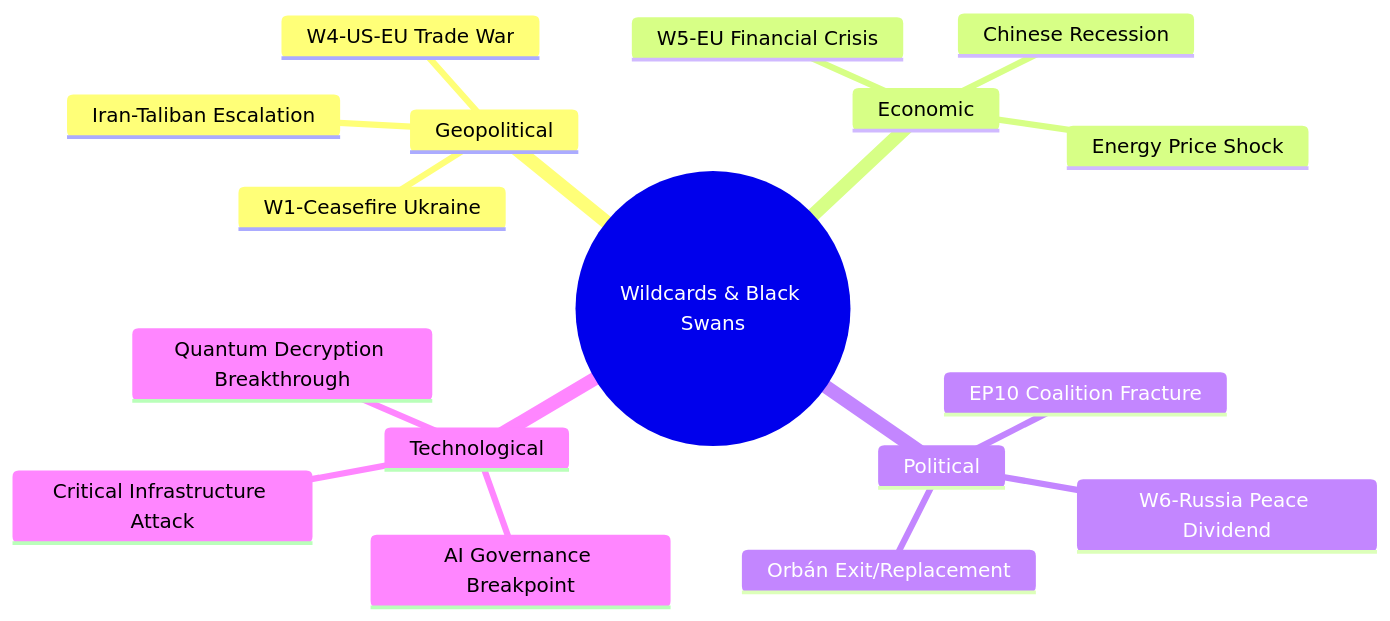
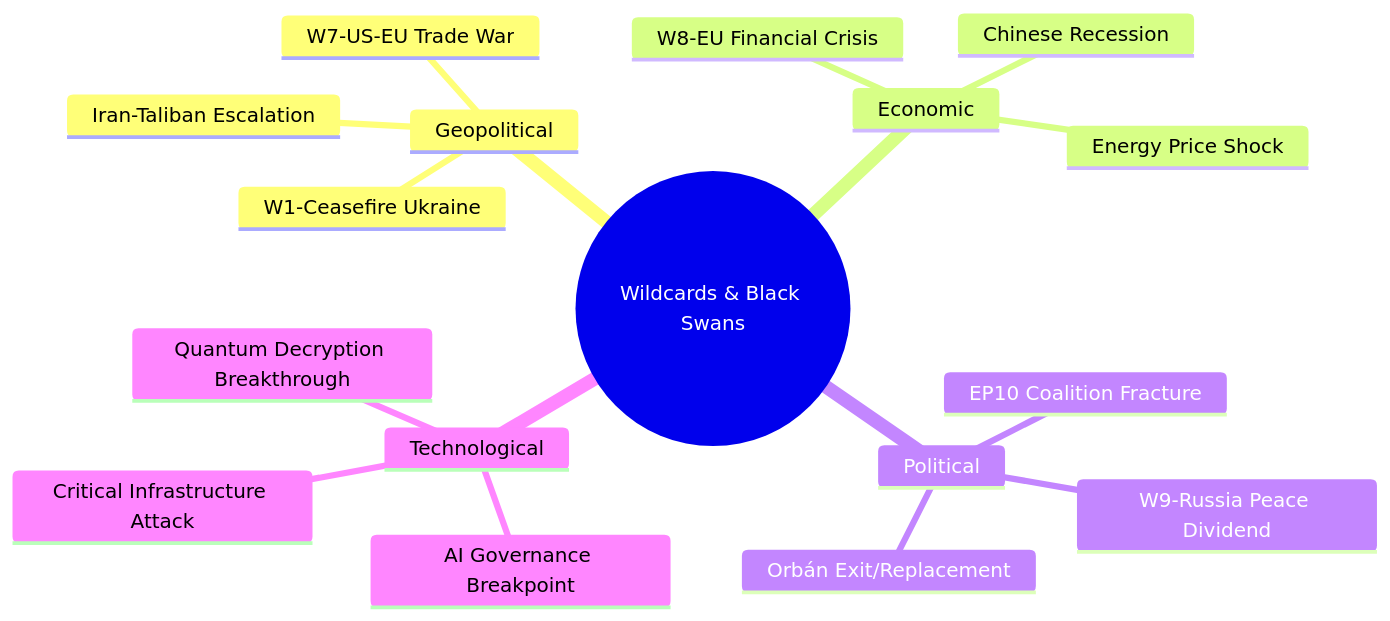
Before and after one commit to Hack23/euparliamentmonitor: the diagram in analysis/daily/2026-05-27/breaking/intelligence/wildcards-blackswans.md, drawn with Mermaid. The commit also changed other lines of this file and 6 other files, not shown here.

Commit message:
Fix 7 review issues: manifest dedup/rename, wildcards W7-W9, Mermaid chart types, coalition seats, cross-run-diff prior run reference

````diff
--- a/analysis/daily/2026-05-27/breaking/intelligence/wildcards-blackswans.md
+++ b/analysis/daily/2026-05-27/breaking/intelligence/wildcards-blackswans.md
@@ -157,20 +157,20 @@
 ```mermaid
 mindmap
   root((Wildcards & Black Swans))
     Geopolitical
       W1-Ceasefire Ukraine
-      W4-US-EU Trade War
+      W7-US-EU Trade War
       Iran-Taliban Escalation
     Economic
-      W5-EU Financial Crisis
+      W8-EU Financial Crisis
       Energy Price Shock
       Chinese Recession
     Political
-      W6-Russia Peace Dividend
+      W9-Russia Peace Dividend
       Orbán Exit/Replacement
       EP10 Coalition Fracture
     Technological
       AI Governance Breakpoint
       Critical Infrastructure Attack
       Quantum Decryption Breakthrough
 ```
````
